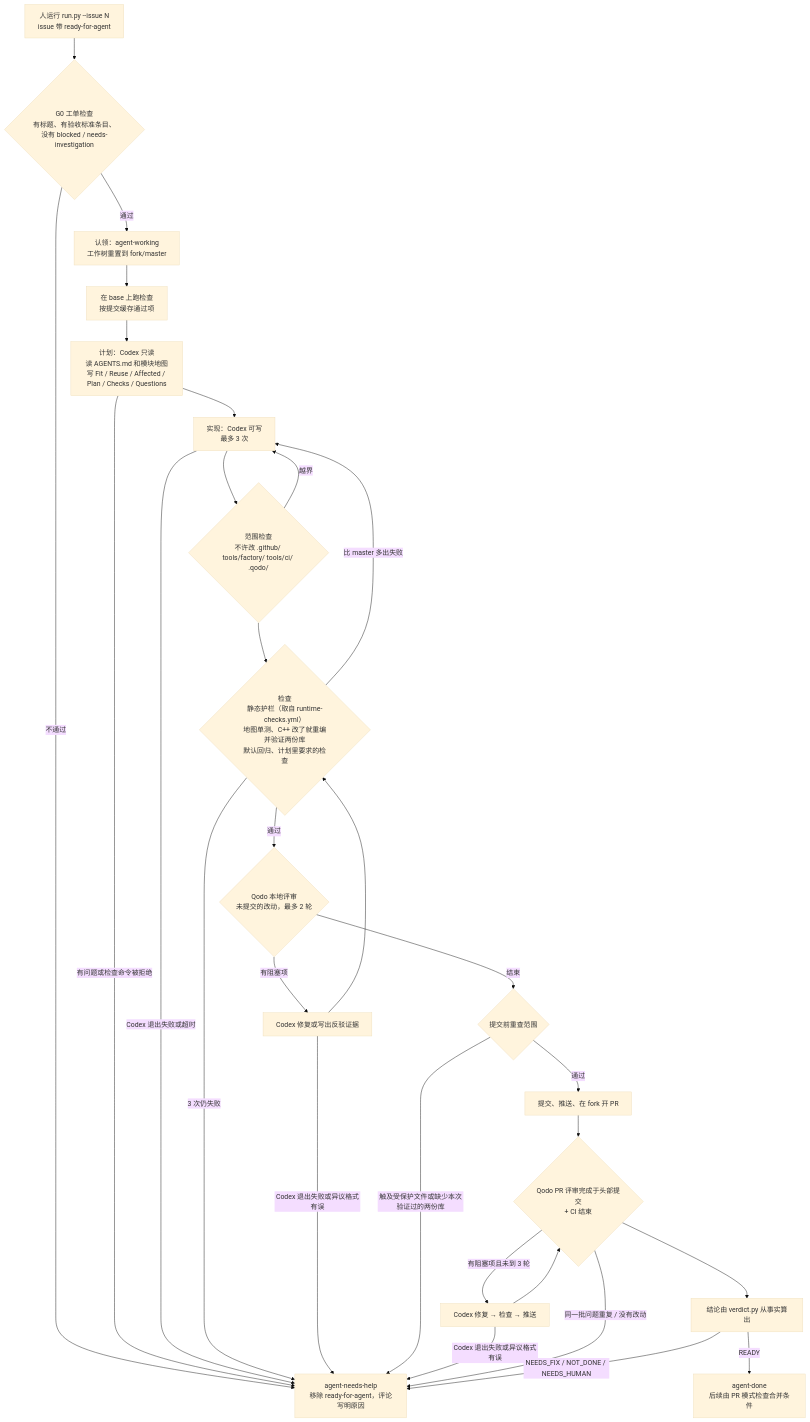
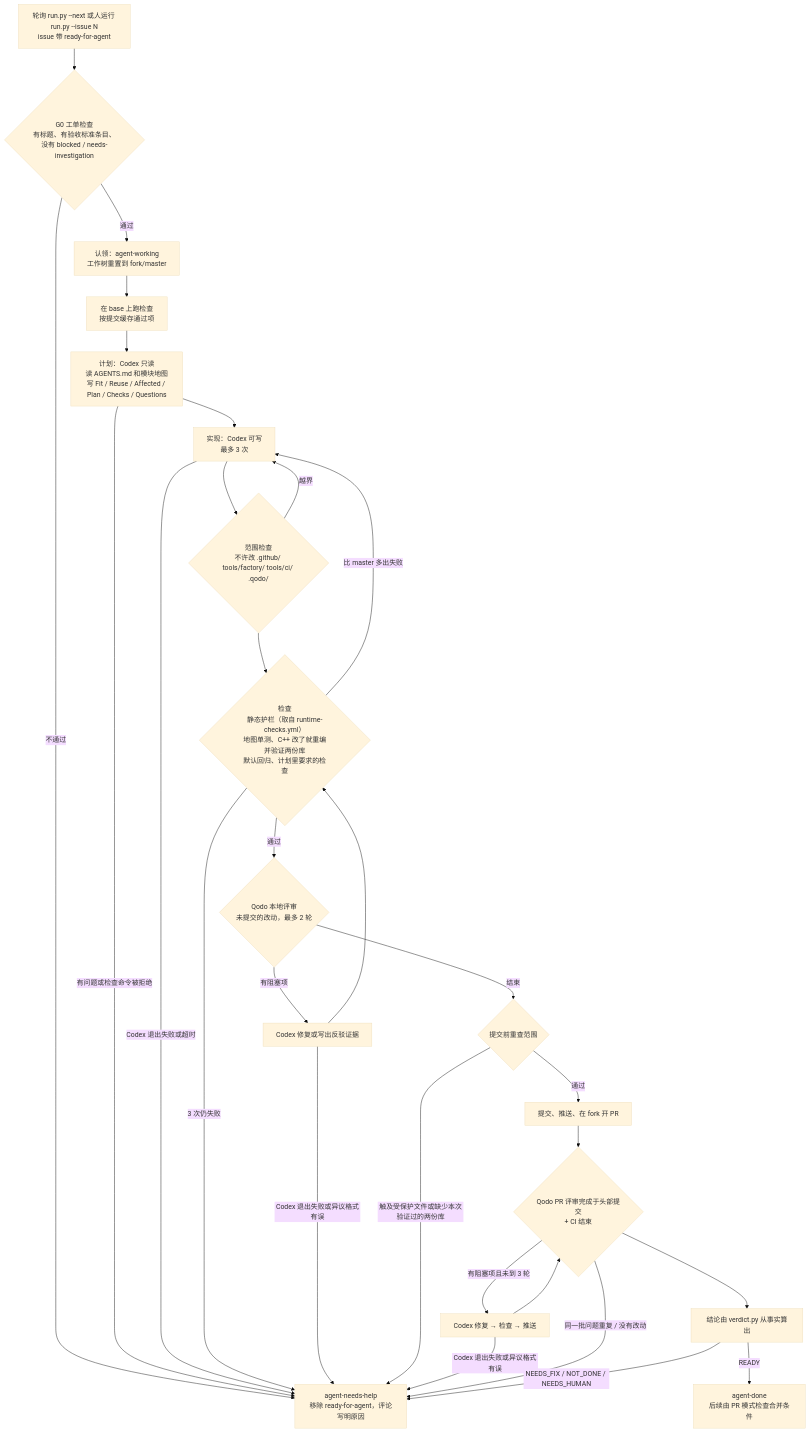
One commit to HkingAuditore/Project.Keynes changed the diagram in docs/factory/README.md. Above: the diagram before and after it, drawn with Mermaid (base theme). The commit also changed other lines of this file and 4 other files, not shown here.

````diff
--- a/docs/factory/README.md
+++ b/docs/factory/README.md
@@ -62,29 +62,29 @@
 ```mermaid
 flowchart TD
-  T[人运行 run.py --issue N<br/>issue 带 ready-for-agent] --> G0{G0 工单检查<br/>有标题、有验收标准条目、<br/>没有 blocked / needs-investigation}
+  T[轮询 run.py --next 或人运行 run.py --issue N<br/>issue 带 ready-for-agent] --> G0{G0 工单检查<br/>有标题、有验收标准条目、<br/>没有 blocked / needs-investigation}
   G0 -- 不通过 --> H[agent-needs-help<br/>移除 ready-for-agent，评论写明原因]
   G0 -- 通过 --> W[认领：agent-working<br/>工作树重置到 fork/master]
   W --> B[在 base 上跑检查<br/>按提交缓存通过项]
   B --> P[计划：Codex 只读<br/>读 AGENTS.md 和模块地图<br/>写 Fit / Reuse / Affected / Plan / Checks / Questions]
   P -- 有问题或检查命令被拒绝 --> H
   P --> I[实现：Codex 可写<br/>最多 3 次]
   I -- Codex 退出失败或超时 --> H
   I --> S{范围检查<br/>不许改 .github/ tools/factory/ tools/ci/ .qodo/}
   S -- 越界 --> I
   S --> C{检查<br/>静态护栏（取自 runtime-checks.yml）<br/>地图单测、C++ 改了就重编并验证两份库<br/>默认回归、计划里要求的检查}
   C -- 比 master 多出失败 --> I
   C -- 3 次仍失败 --> H
   C -- 通过 --> L{Qodo 本地评审<br/>未提交的改动，最多 2 轮}
   L -- 有阻塞项 --> F1[Codex 修复或写出反驳证据] --> C
   F1 -- Codex 退出失败或异议格式有误 --> H
   L -- 结束 --> S2{提交前重查范围}
   S2 -- 触及受保护文件或缺少本次验证过的两份库 --> H
   S2 -- 通过 --> PR[提交、推送、在 fork 开 PR]
   PR --> R{Qodo PR 评审完成于头部提交<br/>+ CI 结束}
   R -- 有阻塞项且未到 3 轮 --> F2[Codex 修复 → 检查 → 推送] --> R
   F2 -- Codex 退出失败或异议格式有误 --> H
   R -- 同一批问题重复 / 没有改动 --> H
   R --> V[结论由 verdict.py 从事实算出]
   V -- READY --> D[agent-done<br/>后续由 PR 模式检查合并条件]
   V -- NEEDS_FIX / NOT_DONE / NEEDS_HUMAN --> H
 ```
````
